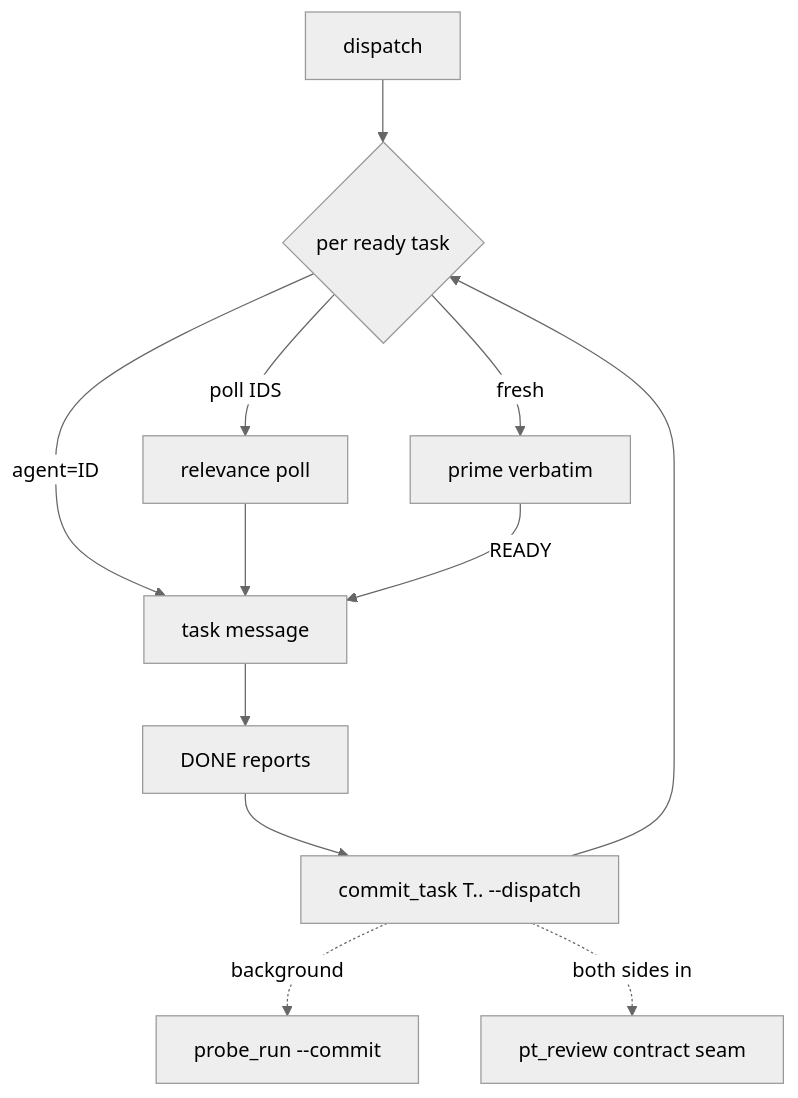
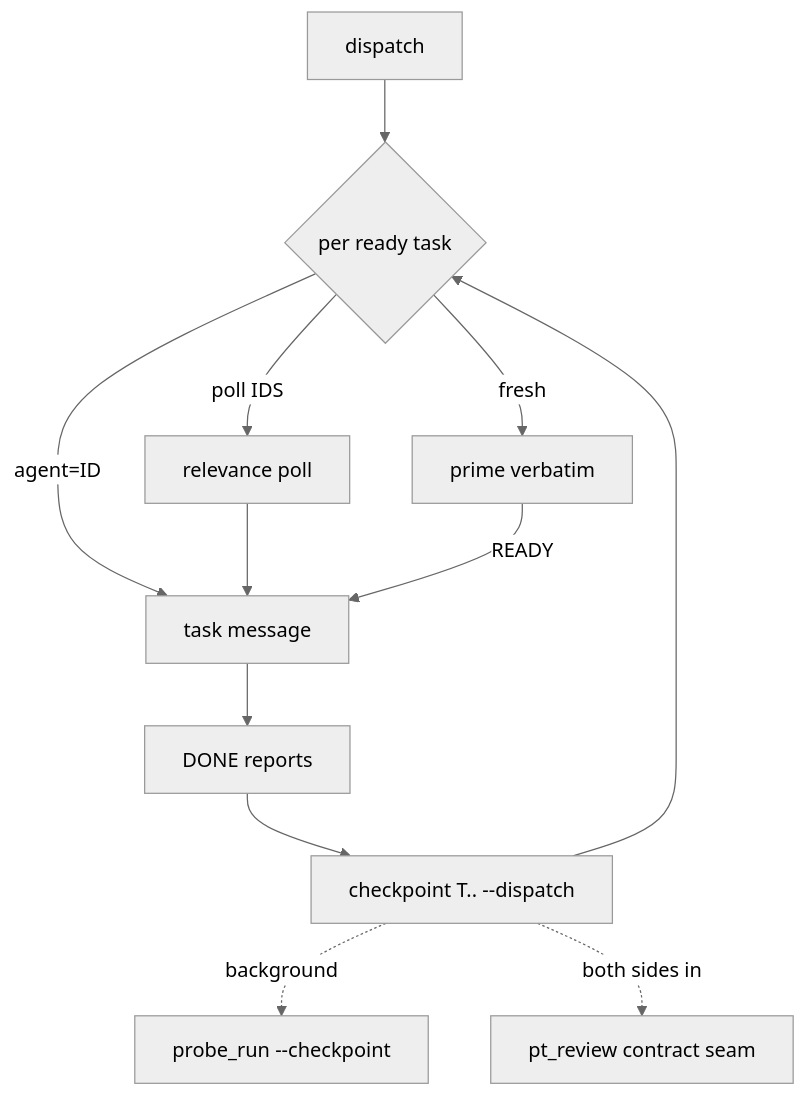
The first of 3 diagrams in skills/subagent-driven-development/SKILL.md (iha2/superlite), drawn with Mermaid (neutral theme) before and after one commit. The commit also changed other lines of this file and 38 other files, not shown here.

First line of the commit message:
Call the per-task save a checkpoint, never a commit

````diff
--- a/skills/subagent-driven-development/SKILL.md
+++ b/skills/subagent-driven-development/SKILL.md
@@ -35,10 +35,10 @@
 ```mermaid
 flowchart TB
   N[dispatch] --> A{per ready task}
   A -- agent=ID --> M[task message]
   A -- poll IDS --> Q[relevance poll] --> M
   A -- fresh --> P[prime verbatim] -- READY --> M
-  M --> D[DONE reports] --> C[commit_task T.. --dispatch] --> A
-  C -. background .-> PR[probe_run --commit]
+  M --> D[DONE reports] --> C[checkpoint T.. --dispatch] --> A
+  C -. background .-> PR[probe_run --checkpoint]
   C -. both sides in .-> SM[pt_review contract seam]
 ```
````
